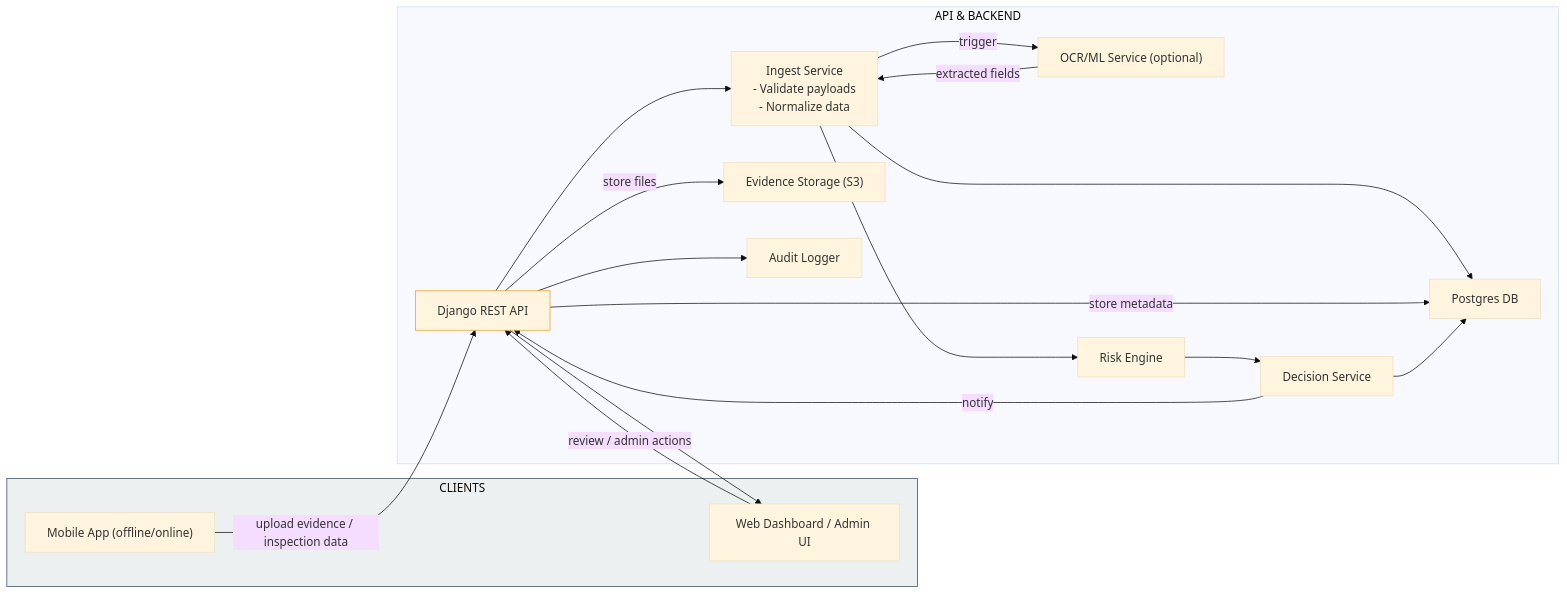
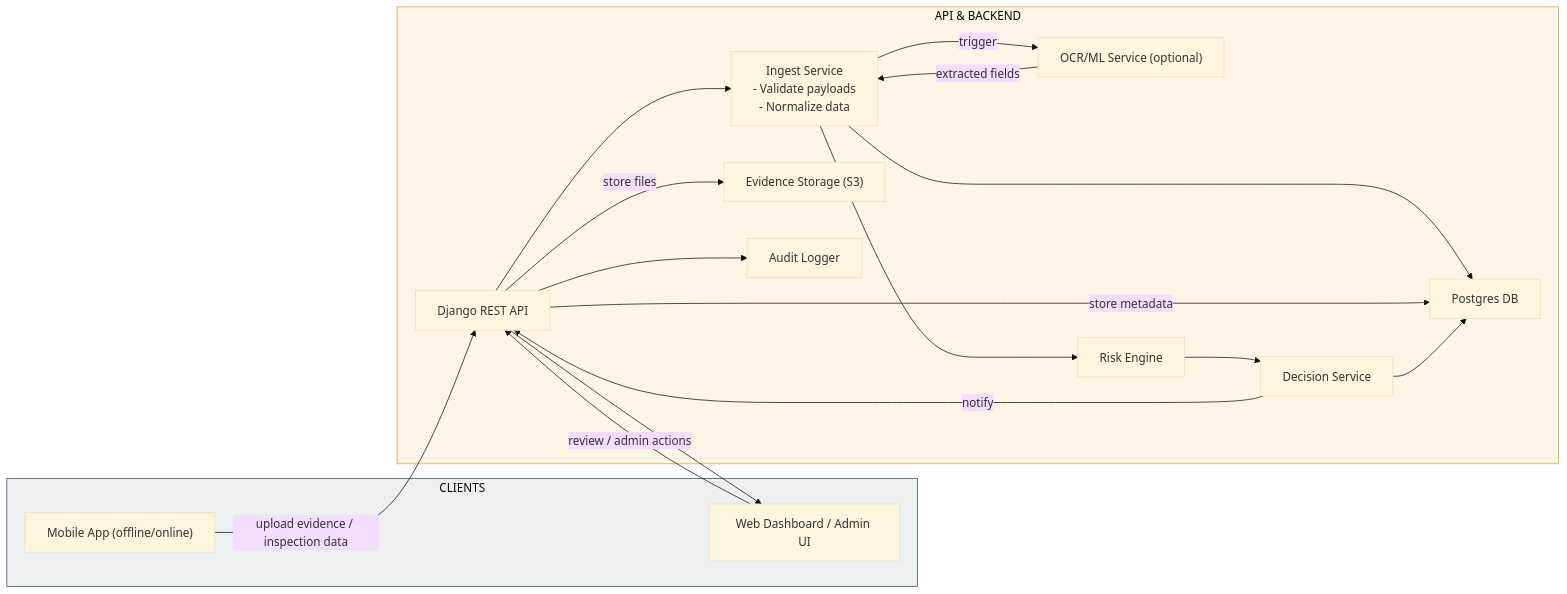
One commit to AbraImani/Authmed_Backend_intern changed the diagram in docs/architecture/data-flow.md. Above: the diagram before and after it, drawn with Mermaid (base theme). The commit also changed other lines of this file and 1 other file, not shown here.

Commit message:
docs: fix Mermaid subgraph syntax and mapping headings

````diff
--- a/docs/architecture/data-flow.md
+++ b/docs/architecture/data-flow.md
@@ -6,35 +6,35 @@
 ```mermaid
 flowchart LR
-    subgraph "CLIENTS"
+    subgraph CLIENTS["CLIENTS"]
         Mobile["Mobile App (offline/online)"]
         Web["Web Dashboard / Admin UI"]
     end
     
-    subgraph "API & BACKEND"
+    subgraph API_BACKEND["API & BACKEND"]
         API["Django REST API"]
         Ingest["Ingest Service<br/>- Validate payloads<br/>- Normalize data"]
         Storage["Evidence Storage (S3)"]
         DB["Postgres DB"]
         OCR["OCR/ML Service (optional)"]
         Risk["Risk Engine"]
         Decision["Decision Service"]
         Audit["Audit Logger"]
     end
     
     Mobile -->|upload evidence / inspection data| API
     Web -->|review / admin actions| API
     API --> Ingest --> DB
     API -->|store files| Storage
     API -->|store metadata| DB
     Ingest -->|trigger| OCR
     OCR -->|extracted fields| Ingest
     Ingest --> Risk
     Risk --> Decision
     Decision --> DB
     API --> Audit
     Decision -->|notify| API
     API --> Web
     
     style CLIENTS fill:#ecf0f1,stroke:#34495e
-    style API and BACKEND fill:#fef5e7,stroke:#f39c12
+    style API_BACKEND fill:#fef5e7,stroke:#f39c12
 ```
````
